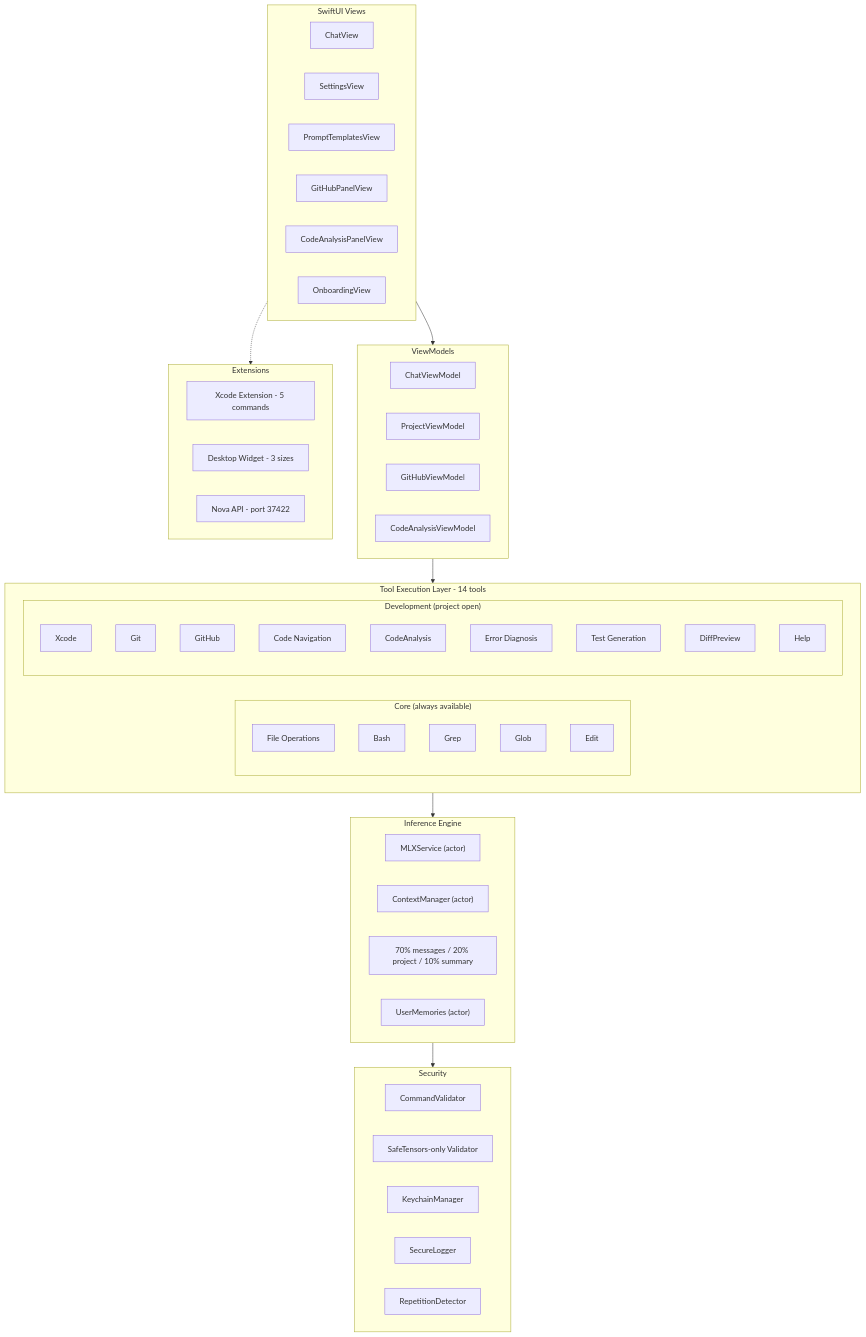
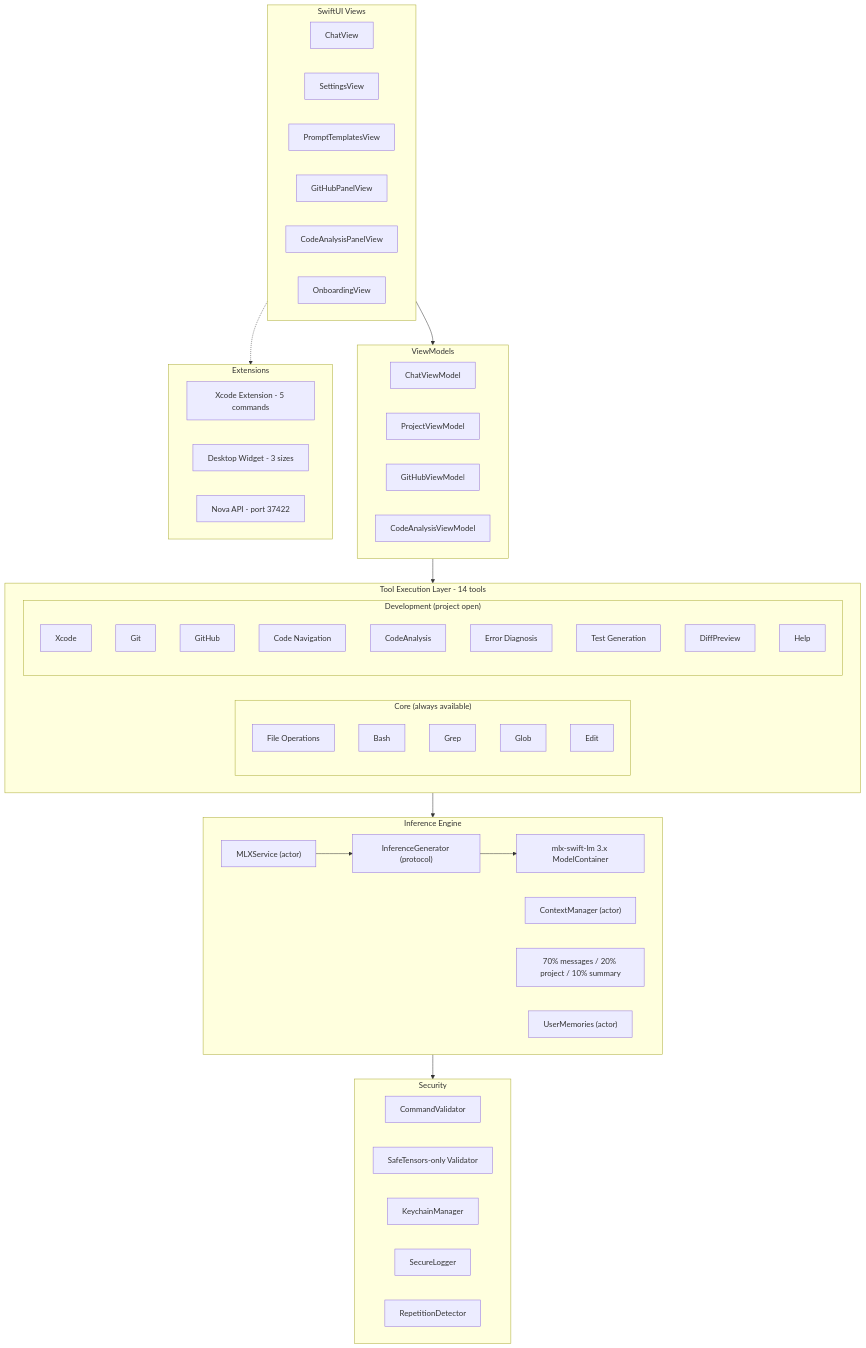
Before and after one commit to kochj23/MLXCode: the first of 4 diagrams in README.md, drawn with Mermaid. The commit also changed other lines of this file and 28 other files, not shown here.

First line of the commit message:
feat: mlx-swift-lm 3.32 upgrade, real Stop, native tool calling, KV-cache settings (v6.4.0) (#8)

````diff
--- a/README.md
+++ b/README.md
@@ -20,67 +20,70 @@
 ```mermaid
 graph TB
     subgraph Views["SwiftUI Views"]
         ChatView
         SettingsView
         PromptTemplatesView
         GitHubPanelView
         CodeAnalysisPanelView
         OnboardingView
     end
 
     subgraph ViewModels
         ChatVM["ChatViewModel"]
         ProjectVM["ProjectViewModel"]
         GitHubVM["GitHubViewModel"]
         CodeAnalysisVM["CodeAnalysisViewModel"]
     end
 
     subgraph Tools["Tool Execution Layer - 14 tools"]
         direction LR
         subgraph Core["Core (always available)"]
             FileOps["File Operations"]
             Bash
             Grep
             Glob
             Edit
         end
         subgraph Dev["Development (project open)"]
             Xcode
             Git
             GitHub
             CodeNav["Code Navigation"]
             CodeAnalysis
             ErrorDiag["Error Diagnosis"]
             TestGen["Test Generation"]
             DiffPreview
             Help
         end
     end
 
     subgraph Engine["Inference Engine"]
         MLXService["MLXService (actor)"]
+        Generator["InferenceGenerator (protocol)"]
+        MLXLM["mlx-swift-lm 3.x ModelContainer"]
         ContextManager["ContextManager (actor)"]
         ContextBudget["70% messages / 20% project / 10% summary"]
         UserMemories["UserMemories (actor)"]
     end
 
     subgraph Security
         CommandValidator
         ModelSecurityValidator["SafeTensors-only Validator"]
         KeychainManager
         SecureLogger
         RepDetector["RepetitionDetector"]
     end
 
     subgraph External["Extensions"]
         XcodeExt["Xcode Extension - 5 commands"]
         Widget["Desktop Widget - 3 sizes"]
         NovaAPI["Nova API - port 37422"]
     end
 
     Views --> ViewModels
     ViewModels --> Tools
     Tools --> Engine
+    MLXService --> Generator --> MLXLM
     Engine --> Security
     Views -.-> External
 ```
````
